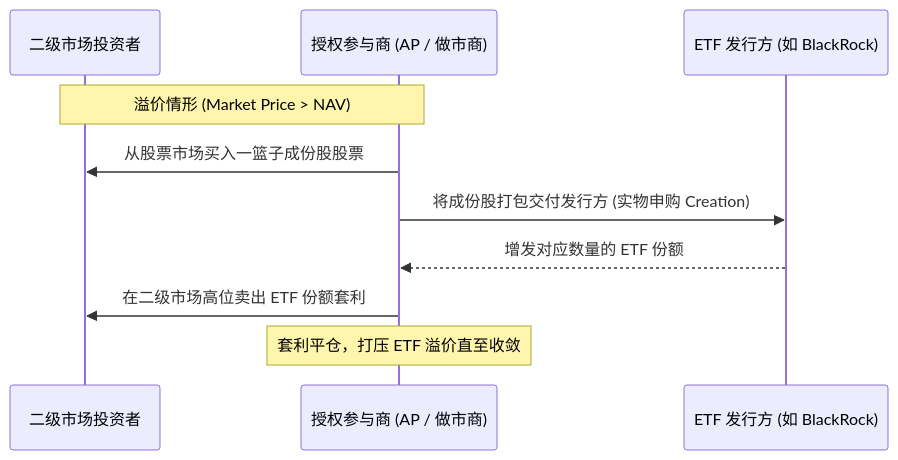
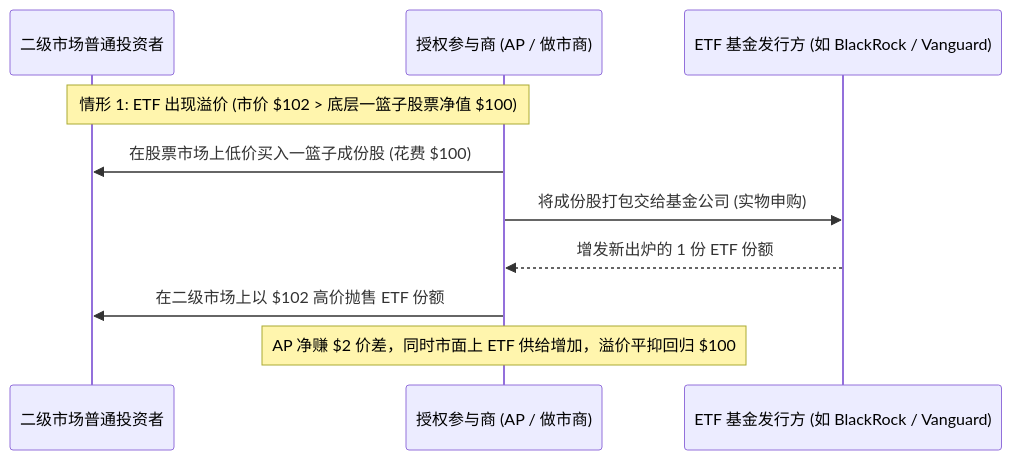
The second of 2 diagrams in notes/quant/Quant14 Financial Markets Asset Classes and Portfolio Theory.md (CurryTang/MLSYS_tutorial), drawn with Mermaid before and after one commit. The commit also changed other lines of this file and 1 other file, not shown here.

Commit message:
docs(quant): restructure Quant 14 to focus on financial architecture and intuitive derivatives mechanics

````diff
--- a/notes/quant/Quant14 Financial Markets Asset Classes and Portfolio Theory.md
+++ b/notes/quant/Quant14 Financial Markets Asset Classes and Portfolio Theory.md
@@ -307,13 +197,13 @@
 ```mermaid
 sequenceDiagram
-    participant Secondary as 二级市场投资者
+    participant Public as 二级市场普通投资者
     participant AP as 授权参与商 (AP / 做市商)
-    participant Issuer as ETF 发行方 (如 BlackRock)
+    participant Fund as ETF 基金发行方 (如 BlackRock / Vanguard)
     
-    Note over Secondary,AP: 溢价情形 (Market Price > NAV)
-    AP->>Secondary: 从股票市场买入一篮子成份股股票
-    AP->>Issuer: 将成份股打包交付发行方 (实物申购 Creation)
-    Issuer-->>AP: 增发对应数量的 ETF 份额
-    AP->>Secondary: 在二级市场高位卖出 ETF 份额套利
-    Note over AP: 套利平仓，打压 ETF 溢价直至收敛
+    Note over Public,AP: 情形 1: ETF 出现溢价 (市价 $102 > 底层一篮子股票净值 $100)
+    AP->>Public: 在股票市场上低价买入一篮子成份股 (花费 $100)
+    AP->>Fund: 将成份股打包交给基金公司 (实物申购)
+    Fund-->>AP: 增发新出炉的 1 份 ETF 份额
+    AP->>Public: 在二级市场上以 $102 高价抛售 ETF 份额
+    Note over AP: AP 净赚 $2 价差，同时市面上 ETF 供给增加，溢价平抑回归 $100
 ```
````
